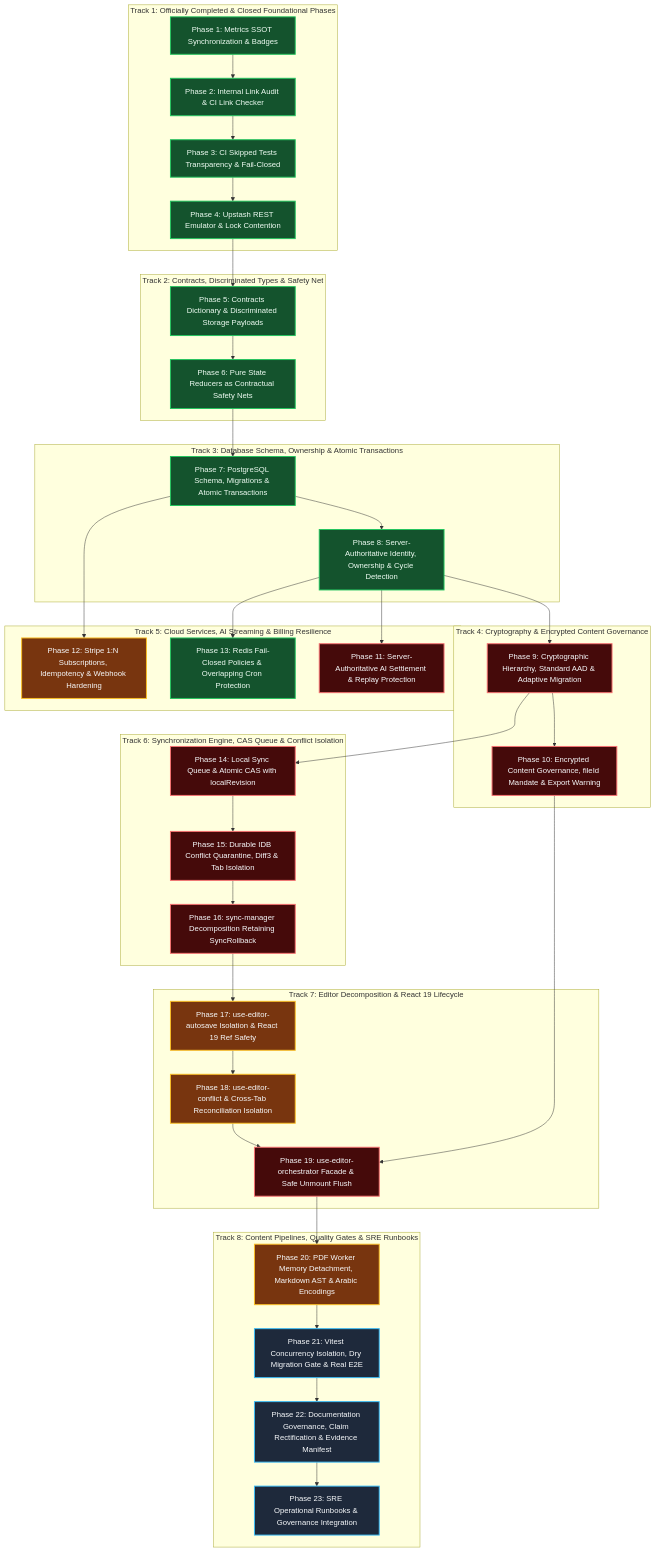
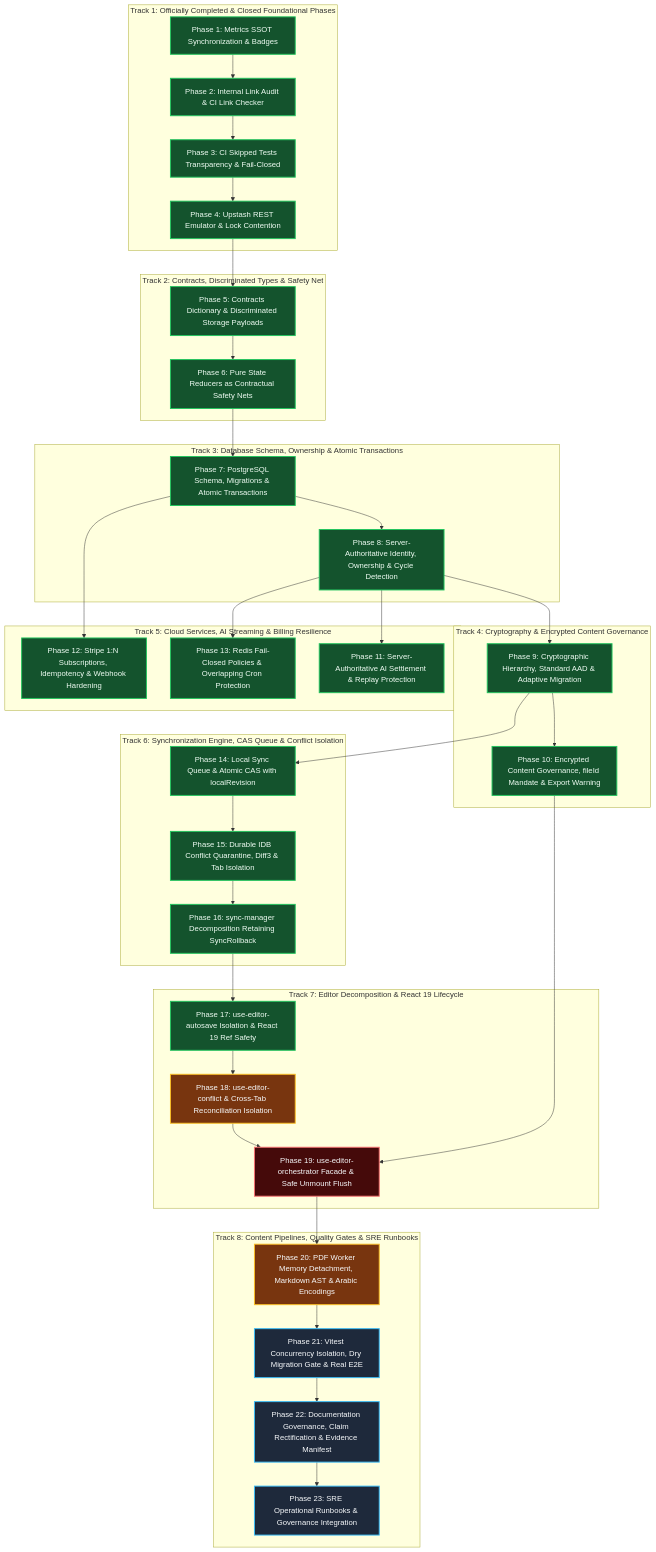
The diagram in docs/Plans/COMPREHENSIVE_TECHNICAL_REMEDIATION_PLAN.md (Abdullah931-stack/LUGX), drawn with Mermaid before and after one commit. The commit also changed other lines of this file and 14 other files, not shown here.

````diff
--- a/docs/Plans/COMPREHENSIVE_TECHNICAL_REMEDIATION_PLAN.md
+++ b/docs/Plans/COMPREHENSIVE_TECHNICAL_REMEDIATION_PLAN.md
@@ -56,72 +56,72 @@
 ```mermaid
 graph TD
     classDef done fill:#14532d,stroke:#22c55e,stroke-width:2px,color:#f0fdf4;
     classDef planned fill:#1e293b,stroke:#38bdf8,stroke-width:2px,color:#f8fafc;
     classDef critical fill:#450a0a,stroke:#f87171,stroke-width:2px,color:#f8fafc;
     classDef caution fill:#78350f,stroke:#fbbf24,stroke-width:2px,color:#f8fafc;
 
     subgraph TrackCompleted ["Track 1: Officially Completed & Closed Foundational Phases"]
         P1["Phase 1: Metrics SSOT Synchronization & Badges"]:::done
         P2["Phase 2: Internal Link Audit & CI Link Checker"]:::done
         P3["Phase 3: CI Skipped Tests Transparency & Fail-Closed"]:::done
         P4["Phase 4: Upstash REST Emulator & Lock Contention"]:::done
         P1 --> P2 --> P3 --> P4
     end
 
     subgraph TrackContracts ["Track 2: Contracts, Discriminated Types & Safety Net"]
         P5["Phase 5: Contracts Dictionary & Discriminated Storage Payloads"]:::done
         P6["Phase 6: Pure State Reducers as Contractual Safety Nets"]:::done
         P5 --> P6
     end
 
     subgraph TrackDatabase ["Track 3: Database Schema, Ownership & Atomic Transactions"]
         P7["Phase 7: PostgreSQL Schema, Migrations & Atomic Transactions"]:::done
         P8["Phase 8: Server-Authoritative Identity, Ownership & Cycle Detection"]:::done
         P7 --> P8
     end
 
     subgraph TrackCrypto ["Track 4: Cryptography & Encrypted Content Governance"]
-        P9["Phase 9: Cryptographic Hierarchy, Standard AAD & Adaptive Migration"]:::critical
-        P10["Phase 10: Encrypted Content Governance, fileId Mandate & Export Warning"]:::critical
+        P9["Phase 9: Cryptographic Hierarchy, Standard AAD & Adaptive Migration"]:::done
+        P10["Phase 10: Encrypted Content Governance, fileId Mandate & Export Warning"]:::done
         P9 --> P10
     end
 
     subgraph TrackCloud ["Track 5: Cloud Services, AI Streaming & Billing Resilience"]
-        P11["Phase 11: Server-Authoritative AI Settlement & Replay Protection"]:::critical
-        P12["Phase 12: Stripe 1:N Subscriptions, Idempotency & Webhook Hardening"]:::caution
+        P11["Phase 11: Server-Authoritative AI Settlement & Replay Protection"]:::done
+        P12["Phase 12: Stripe 1:N Subscriptions, Idempotency & Webhook Hardening"]:::done
         P13["Phase 13: Redis Fail-Closed Policies & Overlapping Cron Protection"]:::done
     end
 
     subgraph TrackSync ["Track 6: Synchronization Engine, CAS Queue & Conflict Isolation"]
-        P14["Phase 14: Local Sync Queue & Atomic CAS with localRevision"]:::critical
-        P15["Phase 15: Durable IDB Conflict Quarantine, Diff3 & Tab Isolation"]:::critical
-        P16["Phase 16: sync-manager Decomposition Retaining SyncRollback"]:::critical
+        P14["Phase 14: Local Sync Queue & Atomic CAS with localRevision"]:::done
+        P15["Phase 15: Durable IDB Conflict Quarantine, Diff3 & Tab Isolation"]:::done
+        P16["Phase 16: sync-manager Decomposition Retaining SyncRollback"]:::done
         P14 --> P15 --> P16
     end
 
     subgraph TrackEditor ["Track 7: Editor Decomposition & React 19 Lifecycle"]
-        P17["Phase 17: use-editor-autosave Isolation & React 19 Ref Safety"]:::caution
+        P17["Phase 17: use-editor-autosave Isolation & React 19 Ref Safety"]:::done
         P18["Phase 18: use-editor-conflict & Cross-Tab Reconciliation Isolation"]:::caution
         P19["Phase 19: use-editor-orchestrator Facade & Safe Unmount Flush"]:::critical
         P17 --> P18 --> P19
     end
 
     subgraph TrackOperations ["Track 8: Content Pipelines, Quality Gates & SRE Runbooks"]
         P20["Phase 20: PDF Worker Memory Detachment, Markdown AST & Arabic Encodings"]:::caution
         P21["Phase 21: Vitest Concurrency Isolation, Dry Migration Gate & Real E2E"]:::planned
         P22["Phase 22: Documentation Governance, Claim Rectification & Evidence Manifest"]:::planned
         P23["Phase 23: SRE Operational Runbooks & Governance Integration"]:::planned
         P20 --> P21 --> P22 --> P23
     end
 
     P4 --> P5
     P6 --> P7
     P8 --> P9
     P8 --> P11
     P7 --> P12
     P8 --> P13
     P9 --> P14
     P10 --> P19
     P16 --> P17
     P19 --> P20
 ```
````
